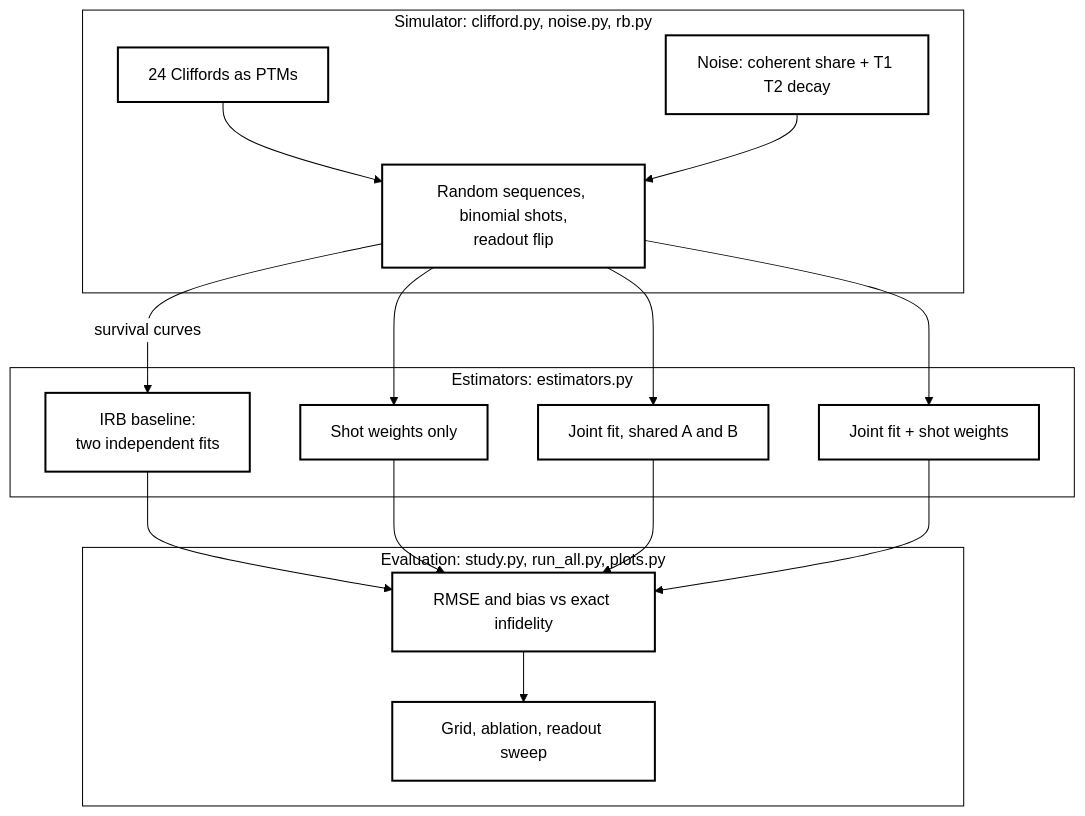
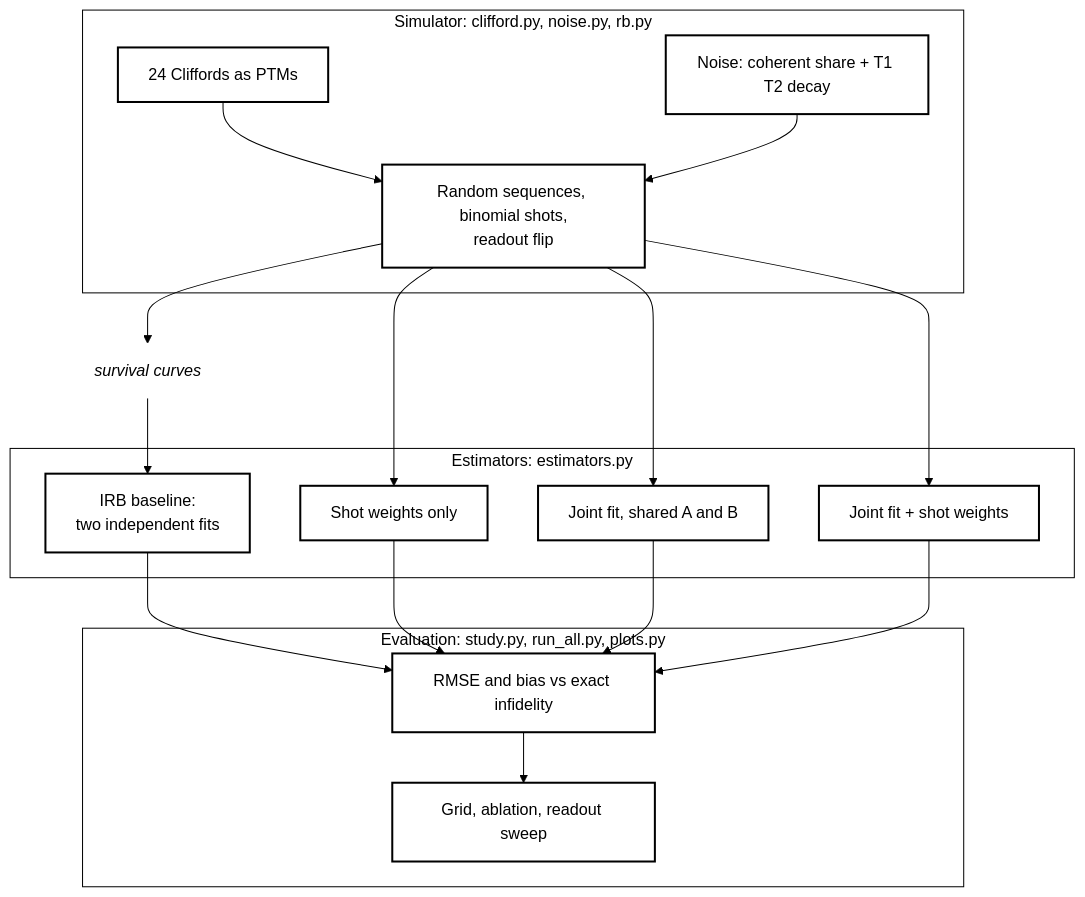
The diagram in README.md (pradeepdegalaroyal/joint-fit-interleaved-rb-coherent-error), drawn with Mermaid before and after one commit. The commit also changed other lines of this file and 2 other files, not shown here.

Commit message:
Docs: spell out abbreviations at first use; diagram labels beside arrows

````diff
--- a/README.md
+++ b/README.md
@@ -100,32 +100,35 @@
 ```mermaid
 %%{init: {'theme': 'base', 'themeVariables': {'primaryColor': '#ffffff', 'primaryTextColor': '#000000', 'primaryBorderColor': '#000000', 'lineColor': '#000000', 'secondaryColor': '#ffffff', 'tertiaryColor': '#ffffff', 'background': '#ffffff', 'noteBkgColor': '#ffffff', 'noteTextColor': '#000000', 'actorBkg': '#ffffff', 'actorBorder': '#000000', 'actorTextColor': '#000000', 'signalColor': '#000000', 'signalTextColor': '#000000', 'labelBoxBkgColor': '#ffffff', 'labelTextColor': '#000000', 'clusterBkg': '#ffffff', 'clusterBorder': '#000000'}}}%%
 flowchart TD
   subgraph Sim["Simulator: clifford.py, noise.py, rb.py"]
     A["24 Cliffords as PTMs"]
     B["Noise: coherent share + T1 T2 decay"]
     C["Random sequences, binomial shots,<br/>readout flip"]
   end
   subgraph Est["Estimators: estimators.py"]
     D["IRB baseline:<br/>two independent fits"]
     E["Shot weights only"]
     F["Joint fit, shared A and B"]
     G["Joint fit + shot weights"]
   end
   subgraph Eval["Evaluation: study.py, run_all.py, plots.py"]
     H["RMSE and bias vs exact infidelity"]
     I["Grid, ablation, readout sweep"]
   end
   A --> C
   B --> C
-  C -->|"survival curves"| D
+  C --> EL1["survival curves"]
+  EL1 --> D
   C --> E
   C --> F
   C --> G
   D --> H
   E --> H
   F --> H
   G --> H
   H --> I
   classDef bw fill:#ffffff,stroke:#000000,color:#000000,stroke-width:2px;
   class A,B,C,D,E,F,G,H,I bw;
+  classDef lbl fill:#ffffff,stroke:#ffffff,color:#000000,font-style:italic;
+  class EL1 lbl;
 ```
````
